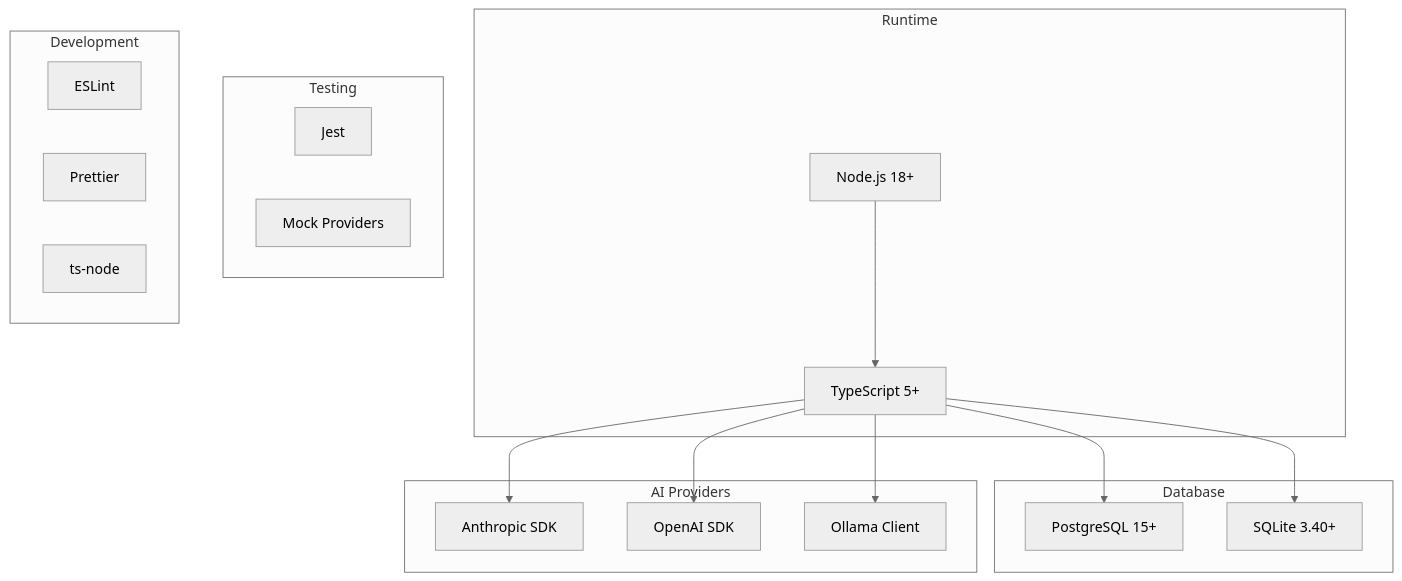
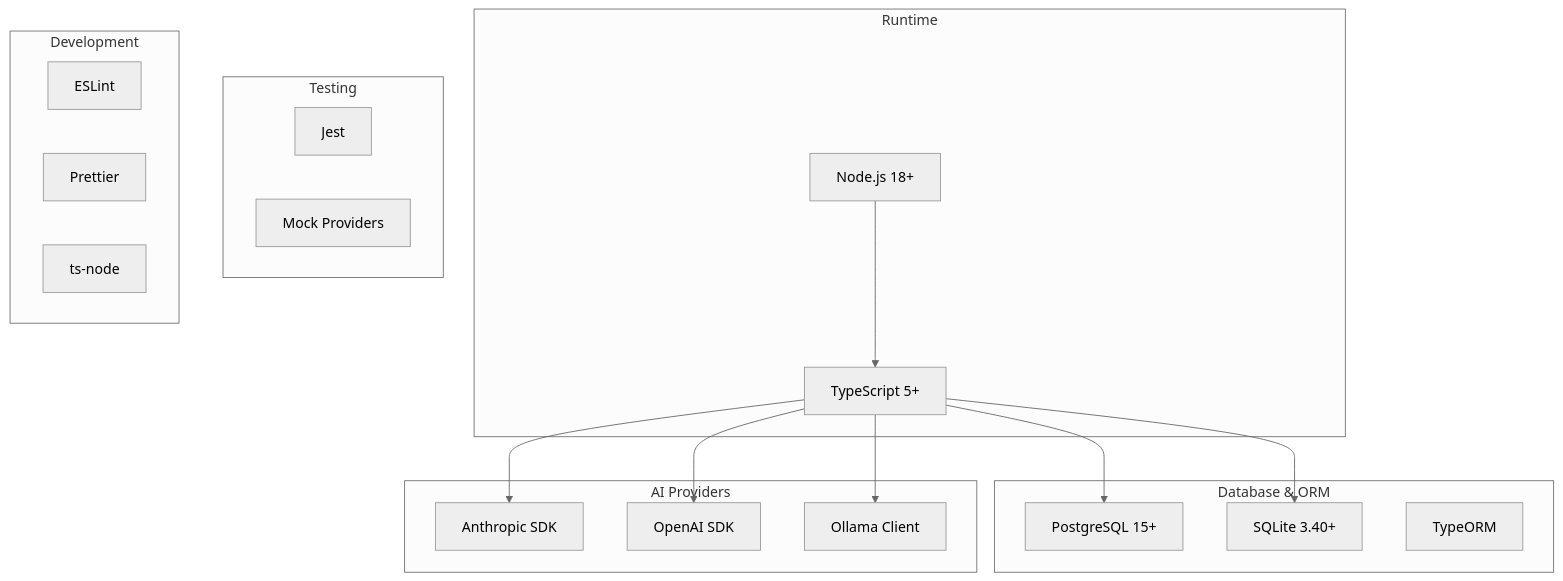
Before and after one commit to mcraigtyler/RAWley: diagram 23 of 27 in docs/ARCHITECTURE.md, drawn with Mermaid (neutral theme). The commit also changed other lines of this file and 9 other files, not shown here.

````diff
--- a/docs/ARCHITECTURE.md
+++ b/docs/ARCHITECTURE.md
@@ -1161,36 +1163,37 @@
 ```mermaid
 graph TB
     subgraph "Runtime"
         Node[Node.js 18+]
         TS[TypeScript 5+]
     end
     
-    subgraph "Database"
+    subgraph "Database & ORM"
         PG[PostgreSQL 15+]
         SQLite[SQLite 3.40+]
+        TypeORM[TypeORM]
     end
     
     subgraph "AI Providers"
         Anthropic[Anthropic SDK]
         OpenAISDK[OpenAI SDK]
         OllamaClient[Ollama Client]
     end
     
     subgraph "Testing"
         Jest[Jest]
         Mock[Mock Providers]
     end
     
     subgraph "Development"
         ESLint[ESLint]
         Prettier[Prettier]
         TSNode[ts-node]
     end
     
     Node --> TS
     TS --> PG
     TS --> SQLite
     TS --> Anthropic
     TS --> OpenAISDK
     TS --> OllamaClient
 ```
````
